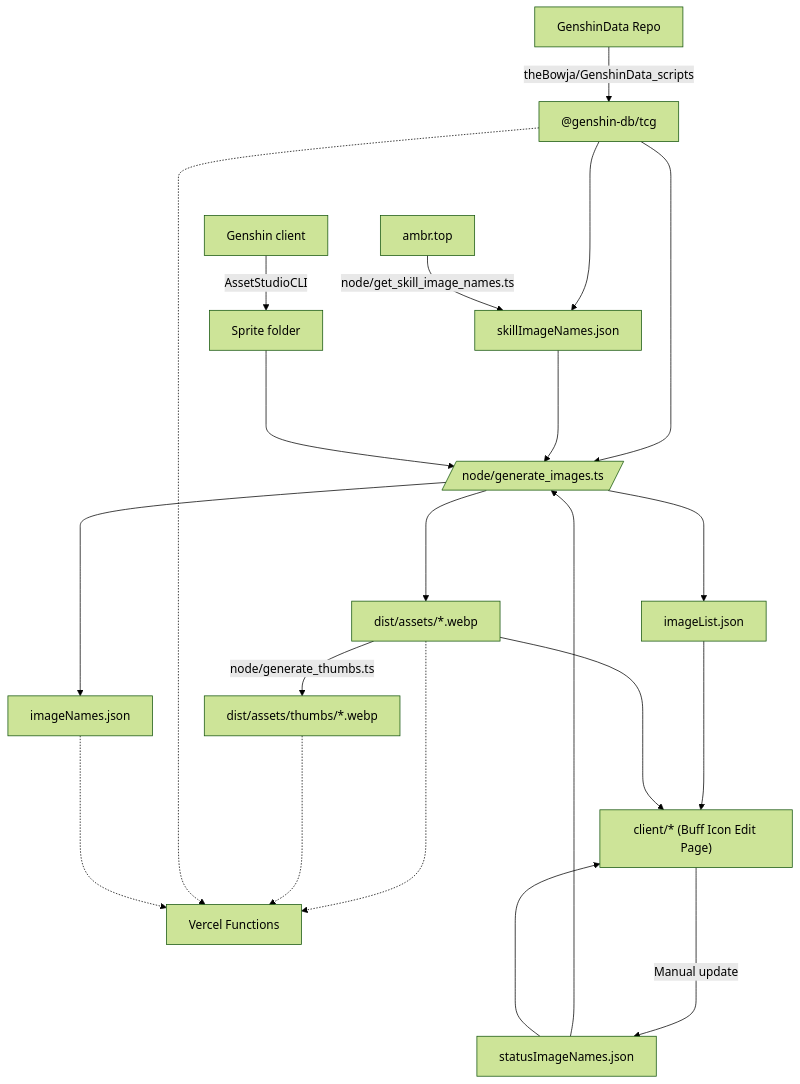
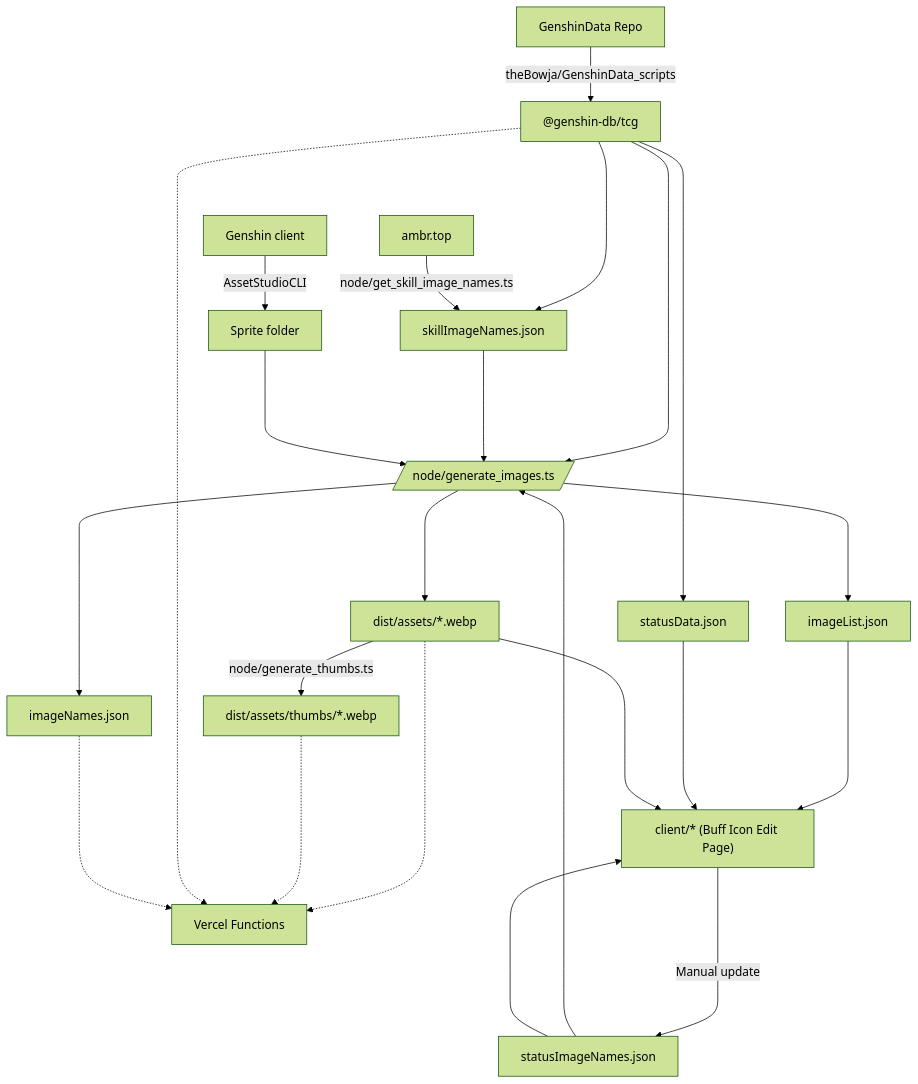
Before and after one commit to guyutongxue/gi-tcg-assets: the diagram in README.md, drawn with Mermaid (forest theme).

Commit message:
miss path

````diff
--- a/README.md
+++ b/README.md
@@ -5,24 +5,26 @@
 ```mermaid
 flowchart TB;
 genshin:[Genshin client] --AssetStudioCLI--> sprite:[Sprite folder];
 genshinData:[GenshinData Repo] --"theBowja/GenshinData_scripts"-->npmdb:["@genshin-db/tcg"];
 npmdb:---->skillName:;
 npmdb:---->genImageTs:[/"node/generate_images.ts"/];
 ambr:[ambr.top] --"node/get_skill_image_names.ts"-->skillName:[skillImageNames.json];
 skillName:---->genImageTs:;
 sprite:---->genImageTs:;
 genImageTs:---->webp:["dist/assets/*.webp"];
 webp:--"node/generate_thumbs.ts"-->webpThumb:["dist/assets/thumbs/*.webp"];
 genImageTs:---->imageList:[imageList.json];
 genImageTs:---->imageNames:[imageNames.json];
 imageList:---->frontend:["client/* (Buff Icon Edit Page)"];
+npmdb:---->statusData:[statusData.json];
+statusData:---->frontend:;
 webp:---->frontend:;
 frontend:--"Manual update"-->statusImage:[statusImageNames.json];
 statusImage:---->genImageTs:;
 statusImage:---->frontend:;
 
 webp:-...->api:[Vercel Functions];
 webpThumb:-...->api:;
 npmdb:-...->api:;
 imageNames:-...->api:;
 ```
````
